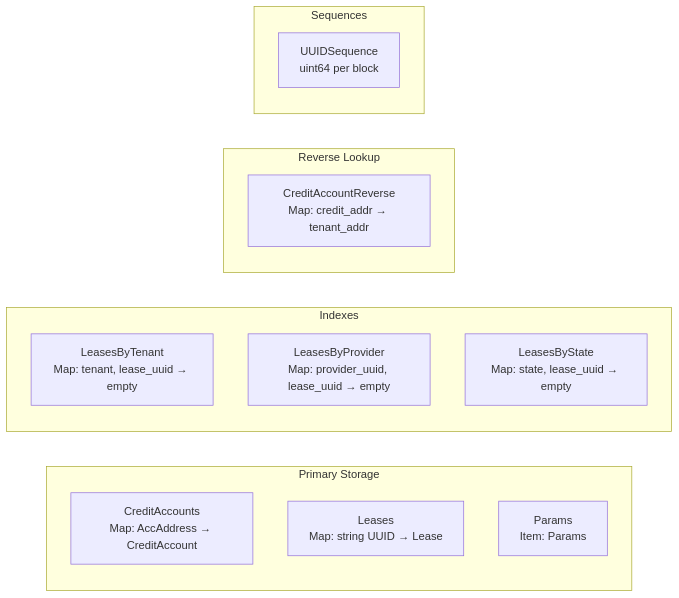
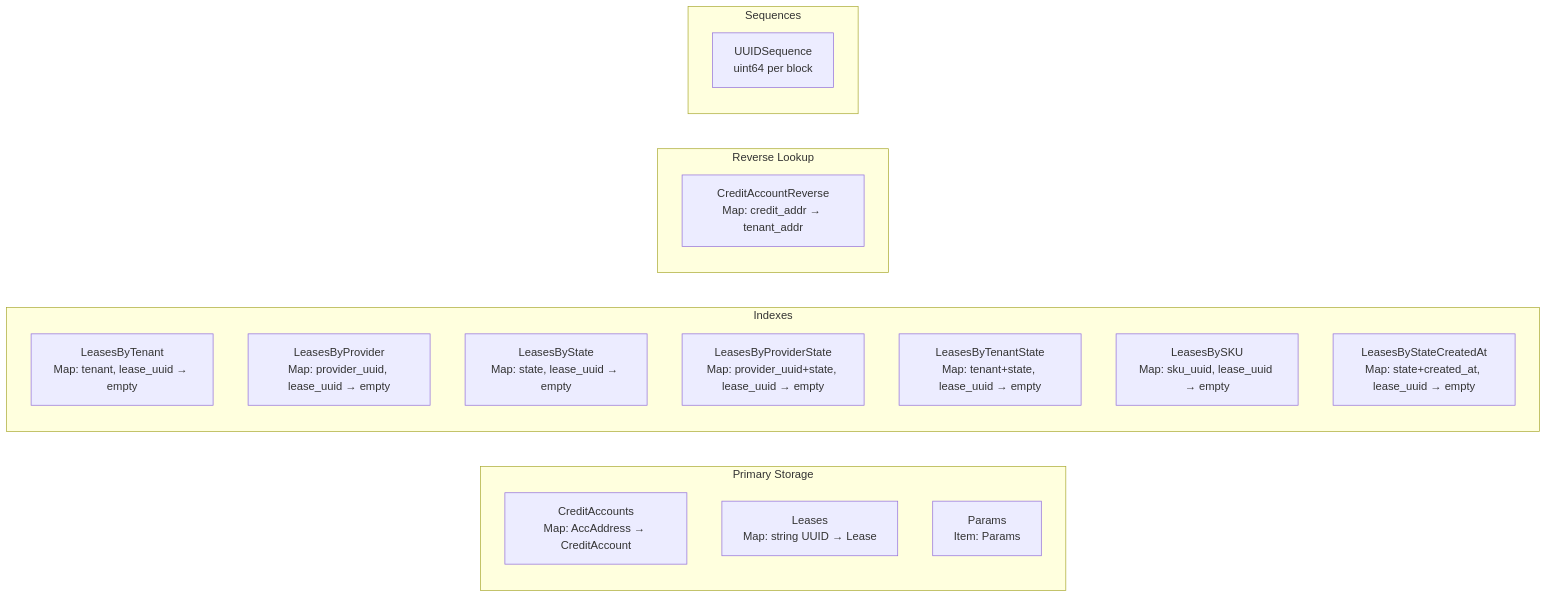
The third of 12 diagrams in x/billing/docs/ARCHITECTURE.md (manifest-network/manifest-ledger), drawn with Mermaid before and after one commit. The commit also changed other lines of this file and 28 other files, not shown here.

````diff
--- a/x/billing/docs/ARCHITECTURE.md
+++ b/x/billing/docs/ARCHITECTURE.md
@@ -150,22 +150,26 @@
 ```mermaid
 graph LR
     subgraph "Primary Storage"
         CreditAccounts[CreditAccounts<br/>Map: AccAddress → CreditAccount]
         Leases[Leases<br/>Map: string UUID → Lease]
         Params[Params<br/>Item: Params]
     end
-    
+
     subgraph "Indexes"
         TenantIdx[LeasesByTenant<br/>Map: tenant, lease_uuid → empty]
         ProviderIdx[LeasesByProvider<br/>Map: provider_uuid, lease_uuid → empty]
         StateIdx[LeasesByState<br/>Map: state, lease_uuid → empty]
+        ProviderStateIdx[LeasesByProviderState<br/>Map: provider_uuid+state, lease_uuid → empty]
+        TenantStateIdx[LeasesByTenantState<br/>Map: tenant+state, lease_uuid → empty]
+        SKUIdx[LeasesBySKU<br/>Map: sku_uuid, lease_uuid → empty]
+        StateCreatedAtIdx[LeasesByStateCreatedAt<br/>Map: state+created_at, lease_uuid → empty]
     end
-    
+
     subgraph "Reverse Lookup"
         CreditReverse[CreditAccountReverse<br/>Map: credit_addr → tenant_addr]
     end
-    
+
     subgraph "Sequences"
         UUIDSeq[UUIDSequence<br/>uint64 per block]
     end
 ```
````
